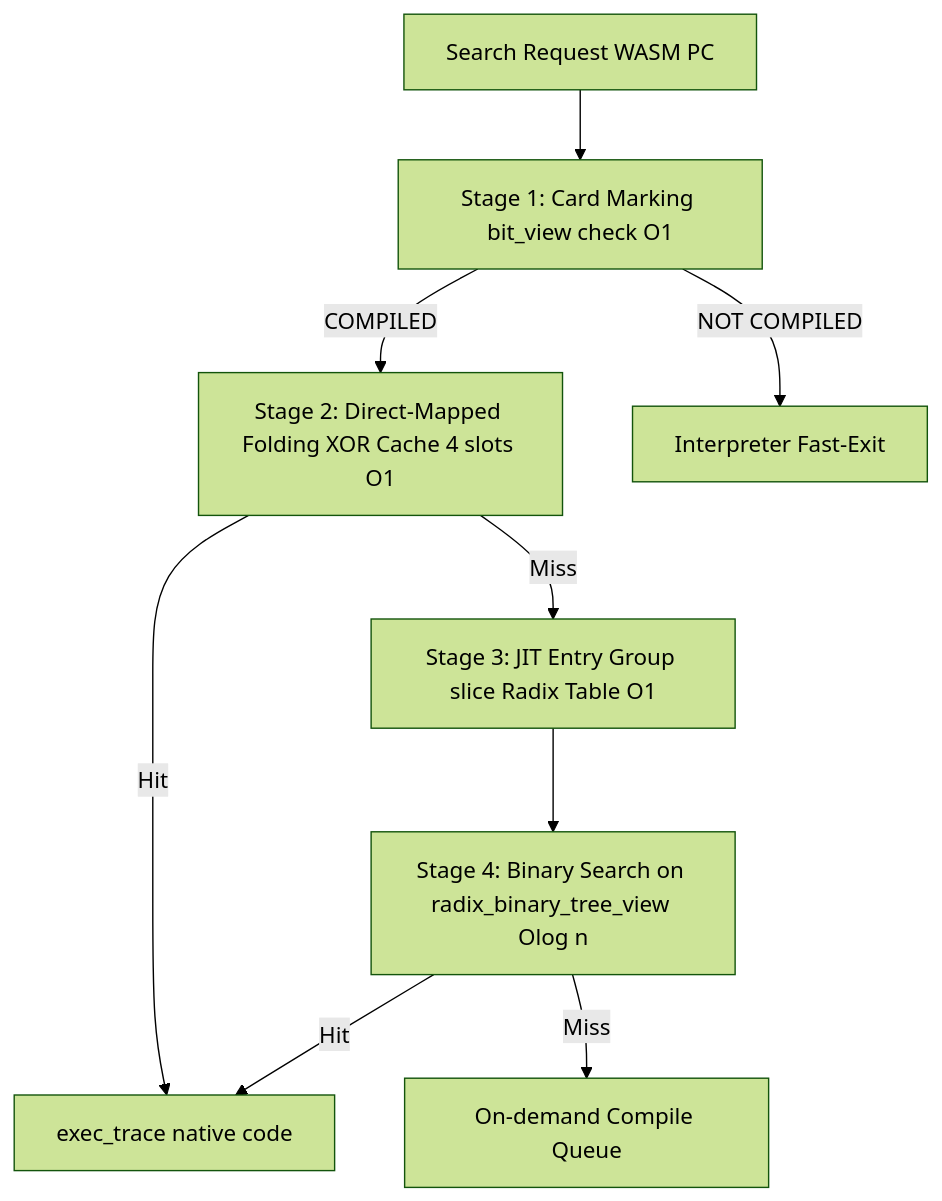
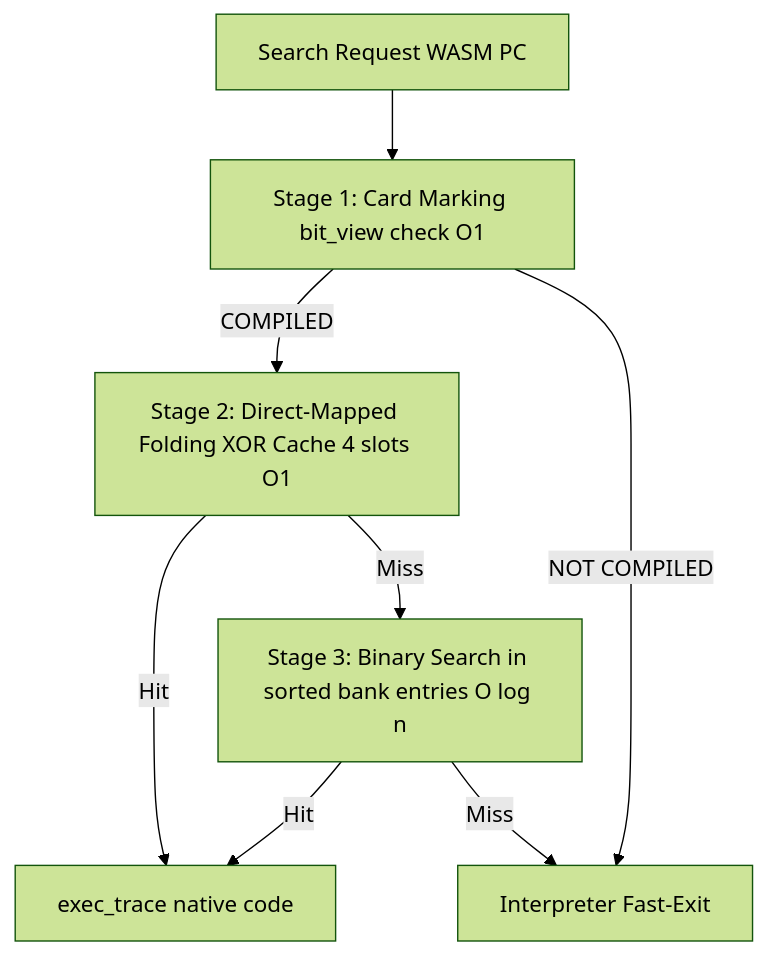
The first of 5 diagrams in docs/components/tier3_jit/jit_runtime.md (kmt-t/fireball), drawn with Mermaid (forest theme) before and after one commit. The commit also changed other lines of this file and 208 other files, not shown here.

Commit message:
Refactor project architecture and simplify implementation

````diff
--- a/docs/components/tier3_jit/jit_runtime.md
+++ b/docs/components/tier3_jit/jit_runtime.md
@@ -40,11 +49,10 @@
 ```mermaid
 flowchart TD
     Search[Search Request WASM PC] --> Stage1[Stage 1: Card Marking bit_view check O1]
     Stage1 -->|COMPILED| Stage2[Stage 2: Direct-Mapped Folding XOR Cache 4 slots O1]
     Stage1 -->|NOT COMPILED| Interp[Interpreter Fast-Exit]
     Stage2 -->|Hit| Exec[exec_trace native code]
-    Stage2 -->|Miss| Stage3[Stage 3: JIT Entry Group slice Radix Table O1]
-    Stage3 --> Stage4[Stage 4: Binary Search on radix_binary_tree_view Olog n]
-    Stage4 -->|Hit| Exec
-    Stage4 -->|Miss| Queue[On-demand Compile Queue]
+    Stage2 -->|Miss| Stage3[Stage 3: Binary Search in sorted bank entries O log n]
+    Stage3 -->|Hit| Exec
+    Stage3 -->|Miss| Interp
 ```
````
